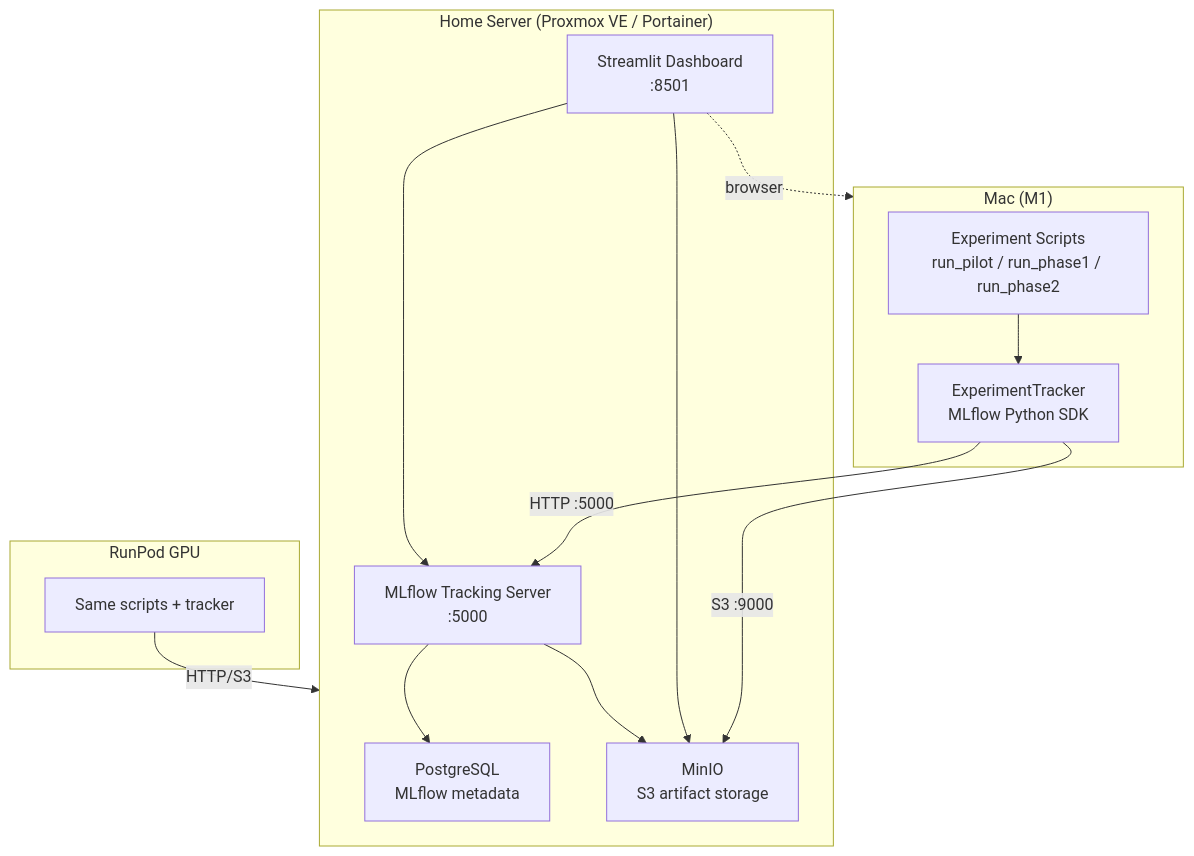
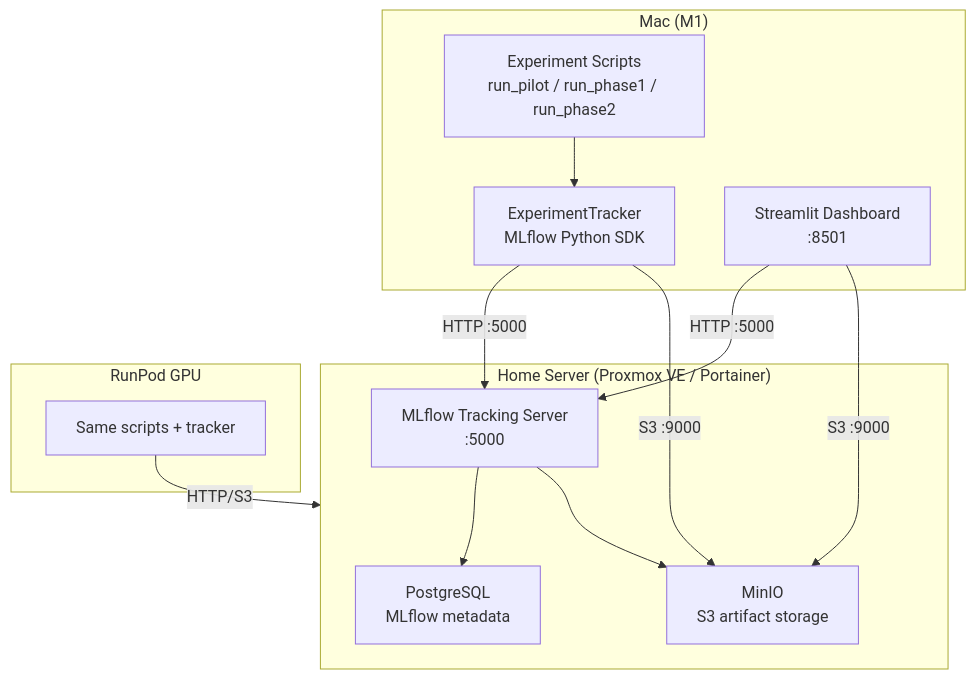
The diagram in .cursor/plans/experiment_infrastructure_stack_13f811f9.plan.md (keanukf/metacog-llm-compute), drawn with Mermaid before and after one commit. The commit also changed other lines of this file and 7 other files, not shown here.

First line of the commit message:
feat: enhance experiment infrastructure and local dashboard setup

````diff
--- a/.cursor/plans/experiment_infrastructure_stack_13f811f9.plan.md
+++ b/.cursor/plans/experiment_infrastructure_stack_13f811f9.plan.md
@@ -48,29 +48,27 @@
 ```mermaid
 graph TB
     subgraph homeServer ["Home Server (Proxmox VE / Portainer)"]
         PG["PostgreSQL<br/>MLflow metadata"]
         MINIO["MinIO<br/>S3 artifact storage"]
         MLF["MLflow Tracking Server<br/>:5000"]
-        DASH["Streamlit Dashboard<br/>:8501"]
         MLF --> PG
         MLF --> MINIO
-        DASH --> MLF
-        DASH --> MINIO
     end
     
     subgraph localMac ["Mac (M1)"]
         CODE["Experiment Scripts<br/>run_pilot / run_phase1 / run_phase2"]
         TRACKER["ExperimentTracker<br/>MLflow Python SDK"]
+        DASH["Streamlit Dashboard<br/>:8501"]
         CODE --> TRACKER
     end
     
     subgraph runpod ["RunPod GPU"]
         CODE2["Same scripts + tracker"]
     end
     
     TRACKER -->|"HTTP :5000"| MLF
     TRACKER -->|"S3 :9000"| MINIO
+    DASH -->|"HTTP :5000"| MLF
+    DASH -->|"S3 :9000"| MINIO
     CODE2 -->|"HTTP/S3"| homeServer
-    
-    DASH -.->|"browser"| localMac
 ```
````
